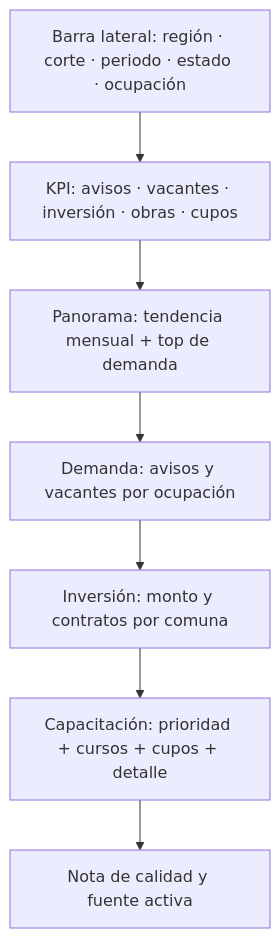
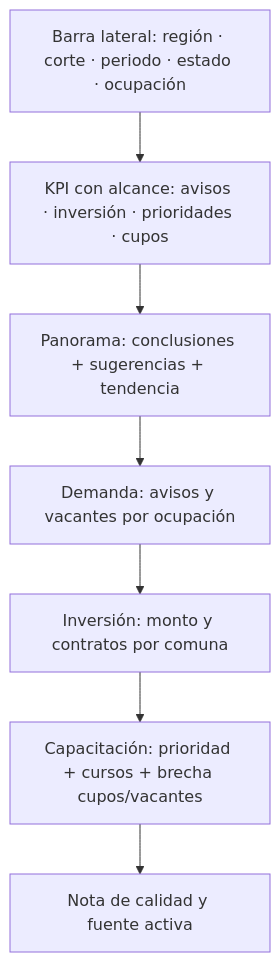
The first of 2 diagrams in docs/diseno_estructura.md (Gera9999/mercadotrabajo), drawn with Mermaid before and after one commit. The commit also changed other lines of this file and 3 other files, not shown here.

````diff
--- a/docs/diseno_estructura.md
+++ b/docs/diseno_estructura.md
@@ -5,16 +5,16 @@
 ```mermaid
 flowchart TB
     F[Barra lateral: región · corte · periodo · estado · ocupación]
-    K[KPI: avisos · vacantes · inversión · obras · cupos]
-    P[Panorama: tendencia mensual + top de demanda]
+    K[KPI con alcance: avisos · inversión · prioridades · cupos]
+    P[Panorama: conclusiones + sugerencias + tendencia]
     D[Demanda: avisos y vacantes por ocupación]
     I[Inversión: monto y contratos por comuna]
-    C[Capacitación: prioridad + cursos + cupos + detalle]
+    C[Capacitación: prioridad + cursos + brecha cupos/vacantes]
     Q[Nota de calidad y fuente activa]
     F --> K
     K --> P
     P --> D
     D --> I
     I --> C
     C --> Q
 ```
````
